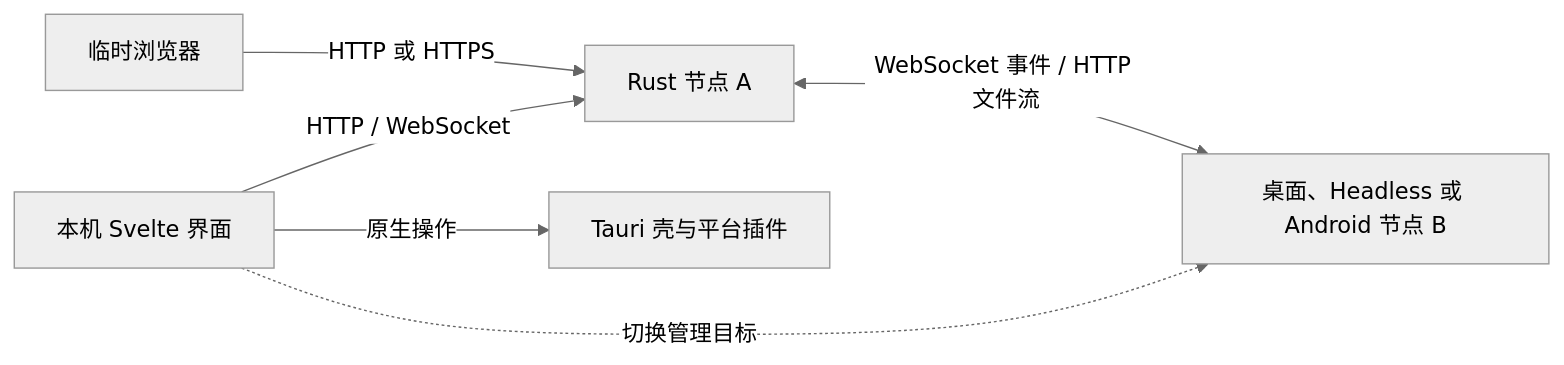
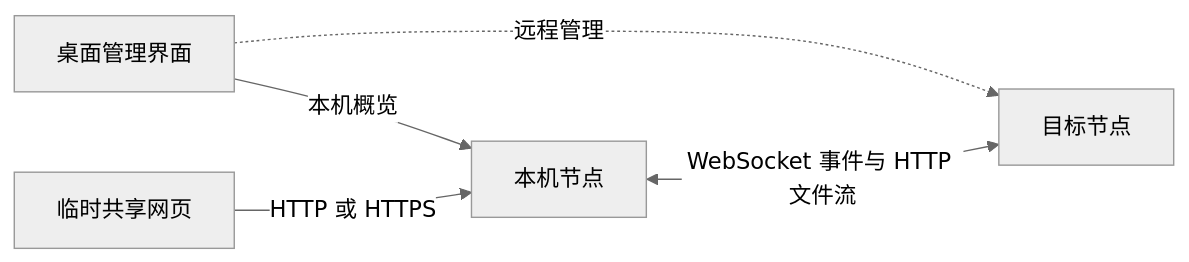
Before and after one commit to yangjinming1062/MeshShare: the diagram in docs/ARCHITECTURE.md, drawn with Mermaid (neutral theme). The commit also changed other lines of this file and 13 other files, not shown here.

````diff
--- a/docs/ARCHITECTURE.md
+++ b/docs/ARCHITECTURE.md
@@ -5,8 +5,7 @@
 ```mermaid
 flowchart LR
-  UI[本机 Svelte 界面] -->|HTTP / WebSocket| A[Rust 节点 A]
-  UI -->|原生操作| Shell[Tauri 壳与平台插件]
-  Web[临时浏览器] -->|HTTP 或 HTTPS| A
-  A <-->|WebSocket 事件 / HTTP 文件流| B[桌面、Headless 或 Android 节点 B]
-  UI -.->|切换管理目标| B
+  UI[桌面管理界面] -->|本机概览| A[本机节点]
+  UI -.->|远程管理| B[目标节点]
+  Web[临时共享网页] -->|HTTP 或 HTTPS| A
+  A <-->|WebSocket 事件与 HTTP 文件流| B
 ```
````
